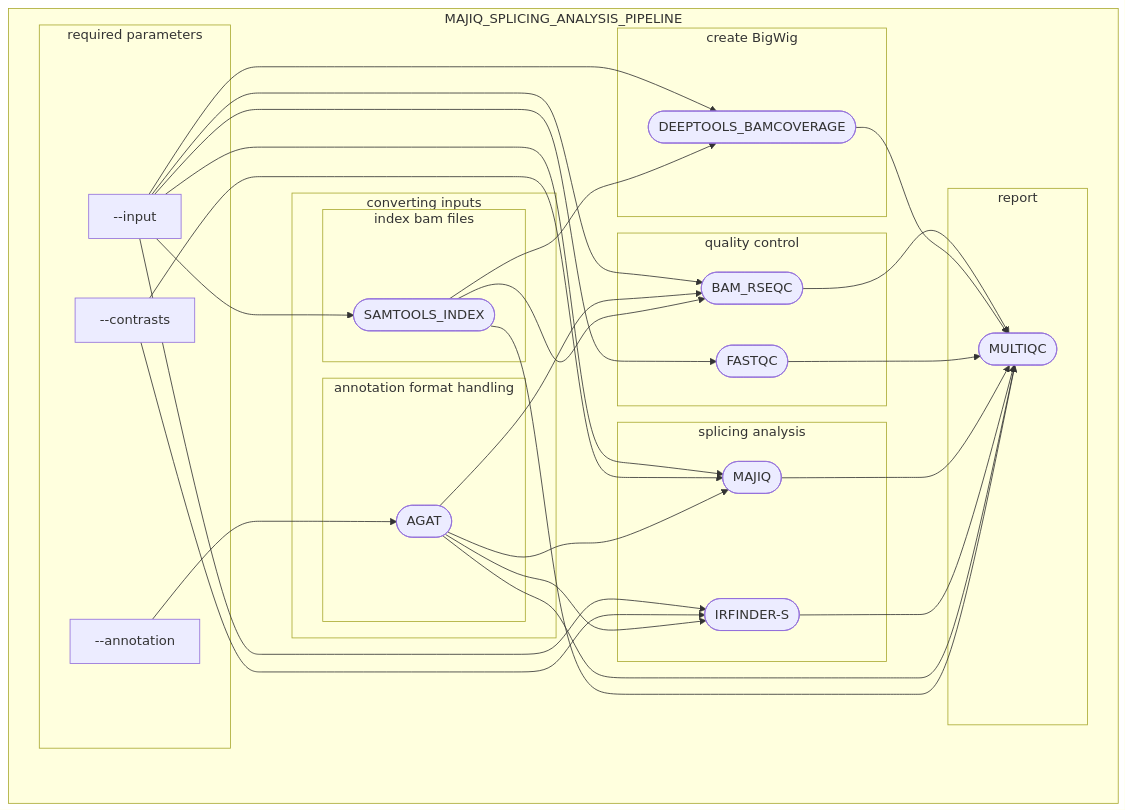
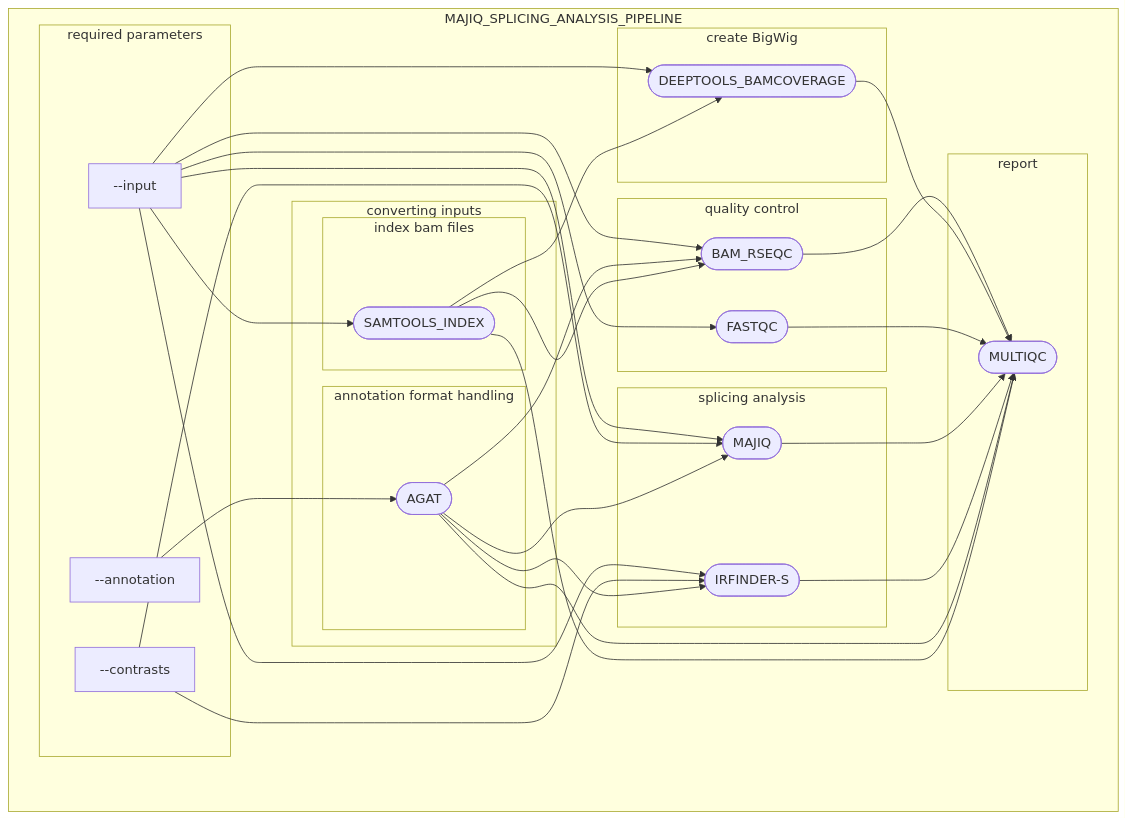
One commit to ZarnackGroup/majiq_splicing_analysis_pipeline changed the diagram in README.md. Above: the diagram before and after it, drawn with Mermaid.

Commit message:
update mermaid

````diff
--- a/README.md
+++ b/README.md
@@ -17,55 +17,56 @@
 ```mermaid
 flowchart TB
   subgraph MAJIQ_SPLICING_ANALYSIS_PIPELINE
     subgraph required parameters
       v0["--input"]
       v2["--annotation"]
       v1["--contrasts"]
+      
     end
 
     subgraph s20["converting inputs"]
           subgraph s100["index bam files"]
                v15([SAMTOOLS_INDEX])
           end
           subgraph s2["annotation format handling"]
                v9([AGAT])
           end
      end
     subgraph s3["splicing analysis"]
       v25([MAJIQ])
       v26([IRFINDER-S])
     end
     subgraph s4["create BigWig"]
       v19([DEEPTOOLS_BAMCOVERAGE])
     end
     subgraph s7["quality control"]
       v32([BAM_RSEQC])
       v22([FASTQC])
     end
     subgraph report
       v63([MULTIQC])
     end
+    v2 --> v9
     v0 --> v15
     v0 --> v19
     v15 --> v19
     v0 --> v22
     v0 --> v25
     v1 --> v25
     v0 --> v26
     v1 --> v26
     v0 --> v32
-    v2 --> v9
     v9 --> v25
     v9 --> v26
     v9 --> v32
     v15 --> v32
     v32 --> v63
     v19 --> v63
     v22 --> v63
     v25 --> v63
     v26 --> v63
     v9 --> v63
     v15 --> v63
   end
 
 ```
````
